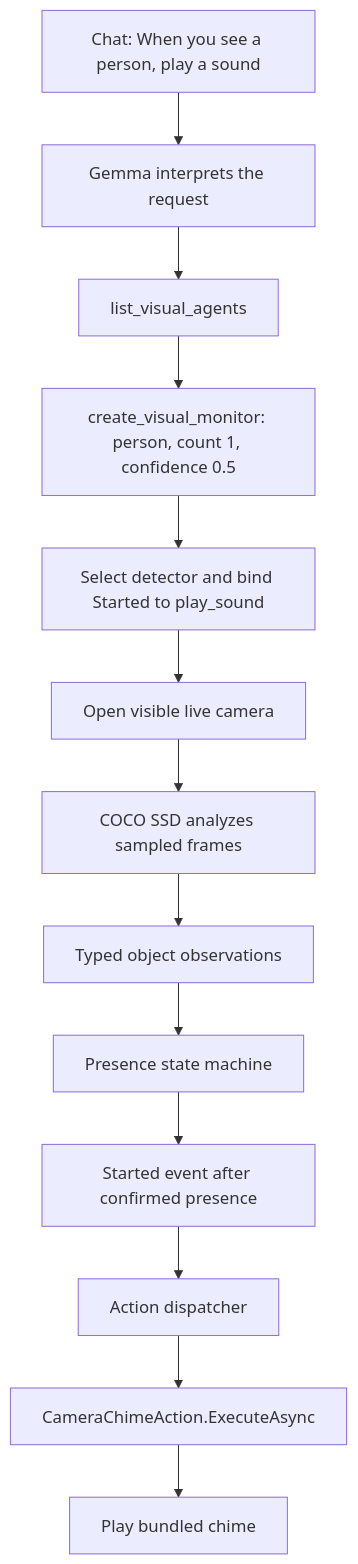
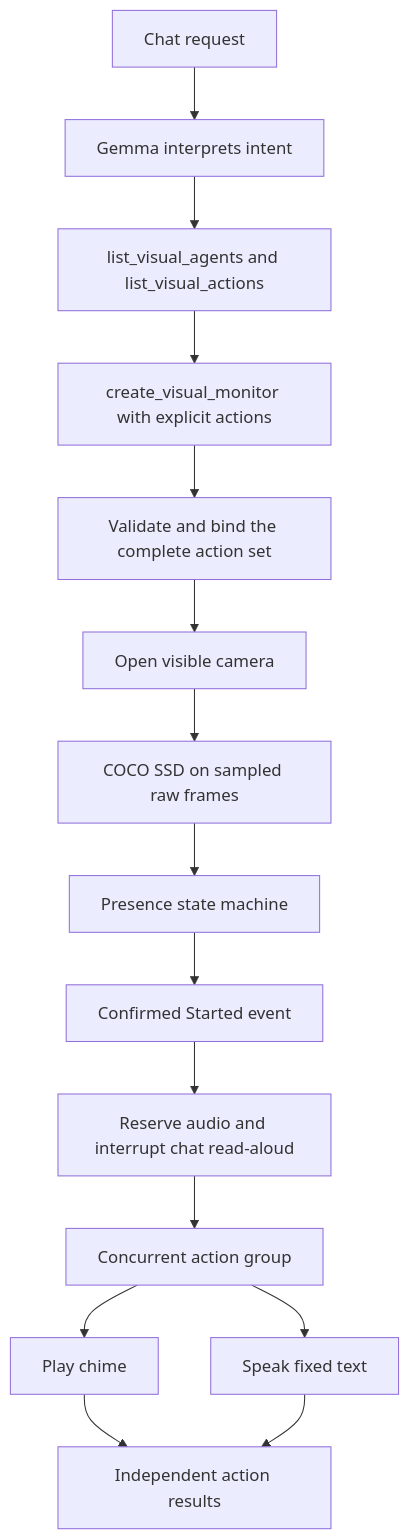
One commit to emgucv/emgu_litert changed the diagram in Emgu.LiteRT.Example/Maui.Lite/VISUAL_AGENT_WORKFLOW.md. Above: the diagram before and after it, drawn with Mermaid. The commit also changed other lines of this file and 15 other files, not shown here.

Commit message:
Add discoverable concurrent visual alert actions

````diff
--- a/Emgu.LiteRT.Example/Maui.Lite/VISUAL_AGENT_WORKFLOW.md
+++ b/Emgu.LiteRT.Example/Maui.Lite/VISUAL_AGENT_WORKFLOW.md
@@ -15,15 +15,17 @@
 ```mermaid
 flowchart TD
-    Request[Chat: When you see a person, play a sound] --> Model[Gemma interprets the request]
-    Model --> Discover[list_visual_agents]
-    Discover --> Tool[create_visual_monitor: person, count 1, confidence 0.5]
-    Tool --> Bind[Select detector and bind Started to play_sound]
-    Bind --> Camera[Open visible live camera]
-    Camera --> Detector[COCO SSD analyzes sampled frames]
-    Detector --> Observations[Typed object observations]
-    Observations --> Monitor[Presence state machine]
-    Monitor --> Started[Started event after confirmed presence]
-    Started --> Dispatcher[Action dispatcher]
-    Dispatcher --> Chime[CameraChimeAction.ExecuteAsync]
-    Chime --> Playback[Play bundled chime]
+    Request[Chat request] --> Model[Gemma interprets intent]
+    Model --> Discover[list_visual_agents and list_visual_actions]
+    Discover --> Tool[create_visual_monitor with explicit actions]
+    Tool --> Bind[Validate and bind the complete action set]
+    Bind --> Camera[Open visible camera]
+    Camera --> Detector[COCO SSD on sampled raw frames]
+    Detector --> Monitor[Presence state machine]
+    Monitor --> Started[Confirmed Started event]
+    Started --> Audio[Reserve audio and interrupt chat read-aloud]
+    Audio --> Group[Concurrent action group]
+    Group --> Chime[Play chime]
+    Group --> Speech[Speak fixed text]
+    Chime --> Results[Independent action results]
+    Speech --> Results
 ```
````
